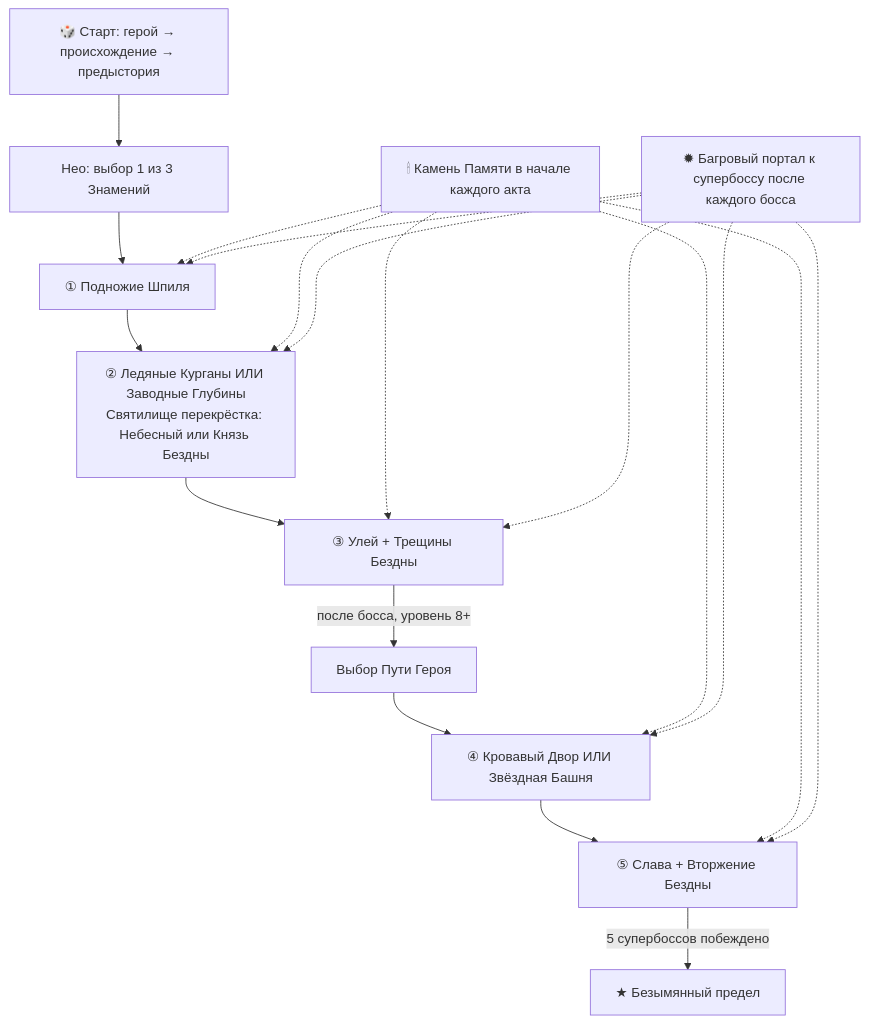
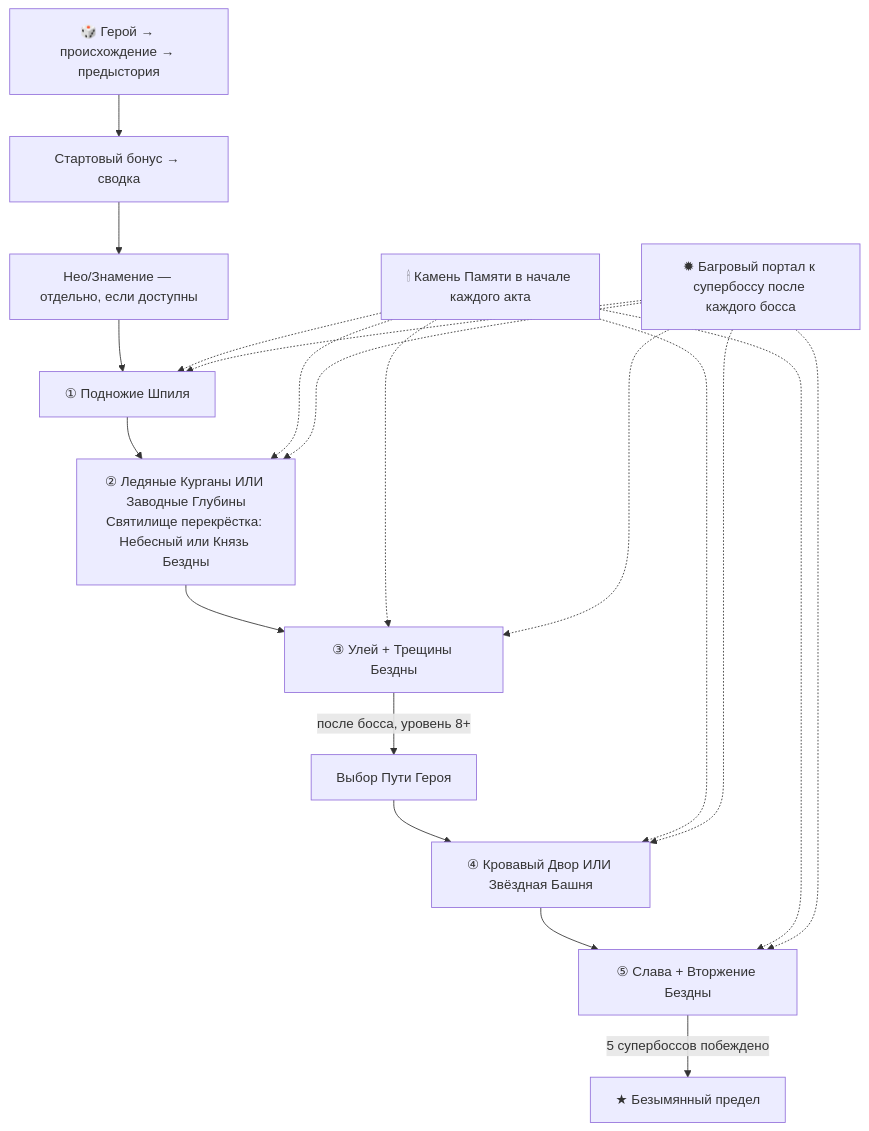
One commit to Riyozaki/SlayTheRequiem changed the diagram in docs/GUIDE.md. Above: the diagram before and after it, drawn with Mermaid. The commit also changed other lines of this file and 83 other files, not shown here.

````diff
--- a/docs/GUIDE.md
+++ b/docs/GUIDE.md
@@ -41,14 +43,15 @@
 ```mermaid
 flowchart TD
-    S["🎲 Старт: герой → происхождение → предыстория"] --> N["Нео: выбор 1 из 3 Знамений"]
+    S["🎲 Герой → происхождение → предыстория"] --> B["Стартовый бонус → сводка"]
+    B --> N["Нео/Знамение — отдельно, если доступны"]
     N --> A1["① Подножие Шпиля"]
     A1 --> A2["② Ледяные Курганы ИЛИ Заводные Глубины<br/>Святилище перекрёстка: Небесный или Князь Бездны"]
     A2 --> A3["③ Улей + Трещины Бездны"]
     A3 -->|"после босса, уровень 8+"| P["Выбор Пути Героя"]
     P --> A4["④ Кровавый Двор ИЛИ Звёздная Башня"]
     A4 --> A5["⑤ Слава + Вторжение Бездны"]
     A5 -->|"5 супербоссов побеждено"| X["★ Безымянный предел"]
 
     M["🕯 Камень Памяти в начале каждого акта"] -.-> A1 & A2 & A3 & A4 & A5
     C["✹ Багровый портал к супербоссу после каждого босса"] -.-> A1 & A2 & A3 & A4 & A5
 ```
````
